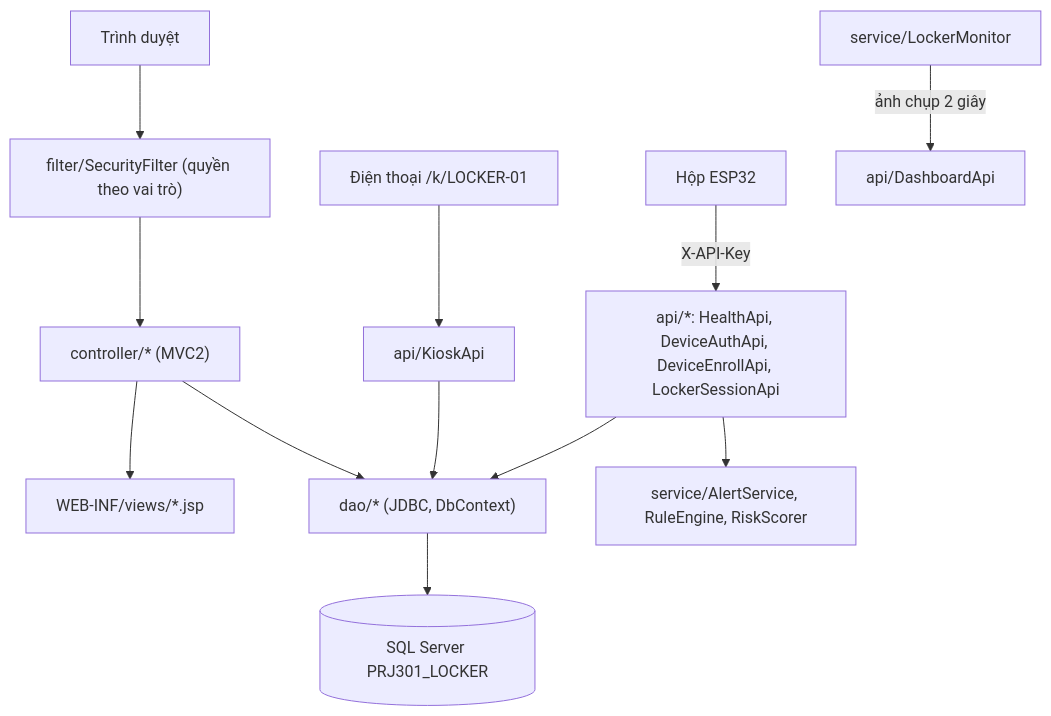
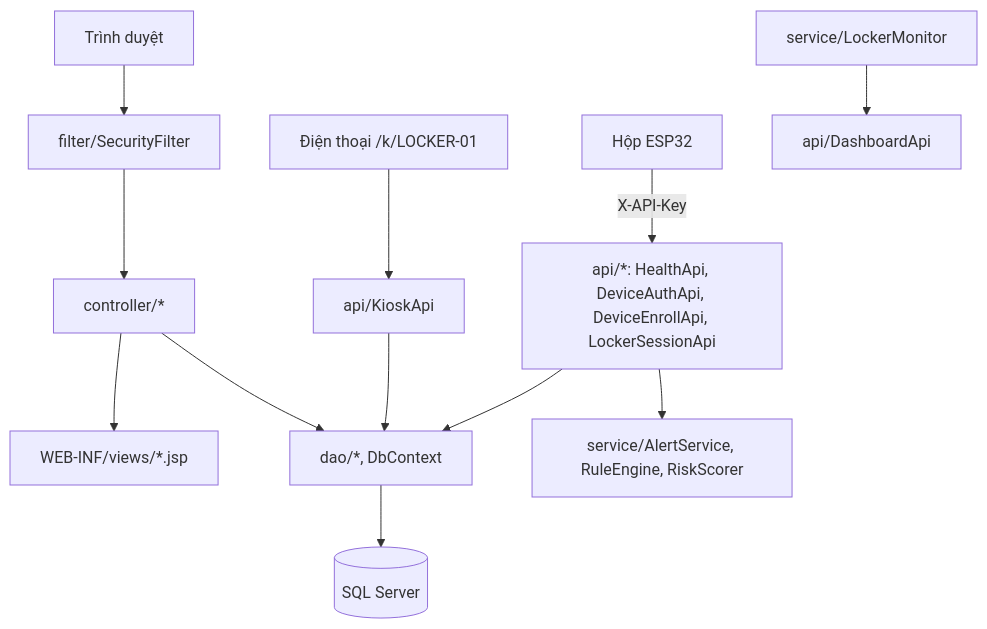
The fourth of 4 diagrams in README.md (HoangDuc1003/SmartLocker), drawn with Mermaid before and after one commit. The commit also changed other lines of this file and 11 other files, not shown here.

````diff
--- a/README.md
+++ b/README.md
@@ -416,14 +419,14 @@
 ```mermaid
 flowchart TD
     ESP["Hộp ESP32"] -->|X-API-Key| API["api/*: HealthApi, DeviceAuthApi, DeviceEnrollApi, LockerSessionApi"]
     Phone["Điện thoại /k/LOCKER-01"] --> Kiosk["api/KioskApi"]
-    Browser["Trình duyệt"] --> Filter["filter/SecurityFilter (quyền theo vai trò)"]
-    Filter --> Ctrl["controller/* (MVC2)"]
+    Browser["Trình duyệt"] --> Filter["filter/SecurityFilter"]
+    Filter --> Ctrl["controller/*"]
     Ctrl --> Views["WEB-INF/views/*.jsp"]
-    API --> DAO["dao/* (JDBC, DbContext)"]
+    API --> DAO["dao/*, DbContext"]
     Kiosk --> DAO
     Ctrl --> DAO
     API --> Svc["service/AlertService, RuleEngine, RiskScorer"]
-    Monitor["service/LockerMonitor"] -->|"ảnh chụp 2 giây"| DashApi["api/DashboardApi"]
-    DAO --> DB[("SQL Server PRJ301_LOCKER")]
+    Monitor["service/LockerMonitor"] --> DashApi["api/DashboardApi"]
+    DAO --> DB[("SQL Server")]
 ```
````
